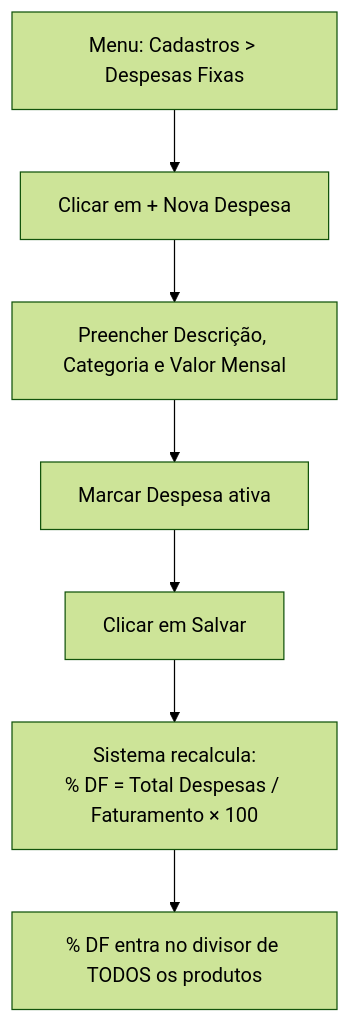
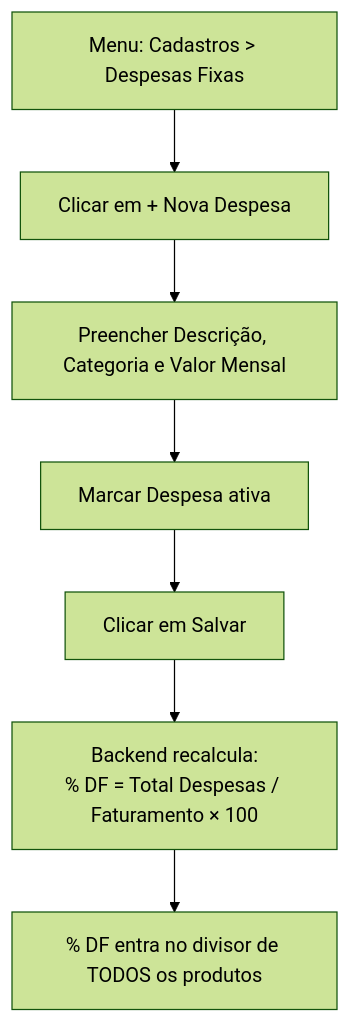
One commit to edvaldosm/markup-front changed the diagram in docs/manual/06-despesas-fixas.md. Above: the diagram before and after it, drawn with Mermaid (forest theme). The commit also changed other lines of this file and 15 other files, not shown here.

````diff
--- a/docs/manual/06-despesas-fixas.md
+++ b/docs/manual/06-despesas-fixas.md
@@ -36,9 +36,9 @@
 ```mermaid
 flowchart TD
     A["Menu: Cadastros > Despesas Fixas"] --> B["Clicar em + Nova Despesa"]
     B --> C["Preencher Descrição, Categoria e Valor Mensal"]
     C --> D["Marcar Despesa ativa"]
     D --> E["Clicar em Salvar"]
-    E --> F["Sistema recalcula:\n% DF = Total Despesas / Faturamento × 100"]
+    E --> F["Backend recalcula:\n% DF = Total Despesas / Faturamento × 100"]
     F --> G["% DF entra no divisor de TODOS os produtos"]
 ```
````
